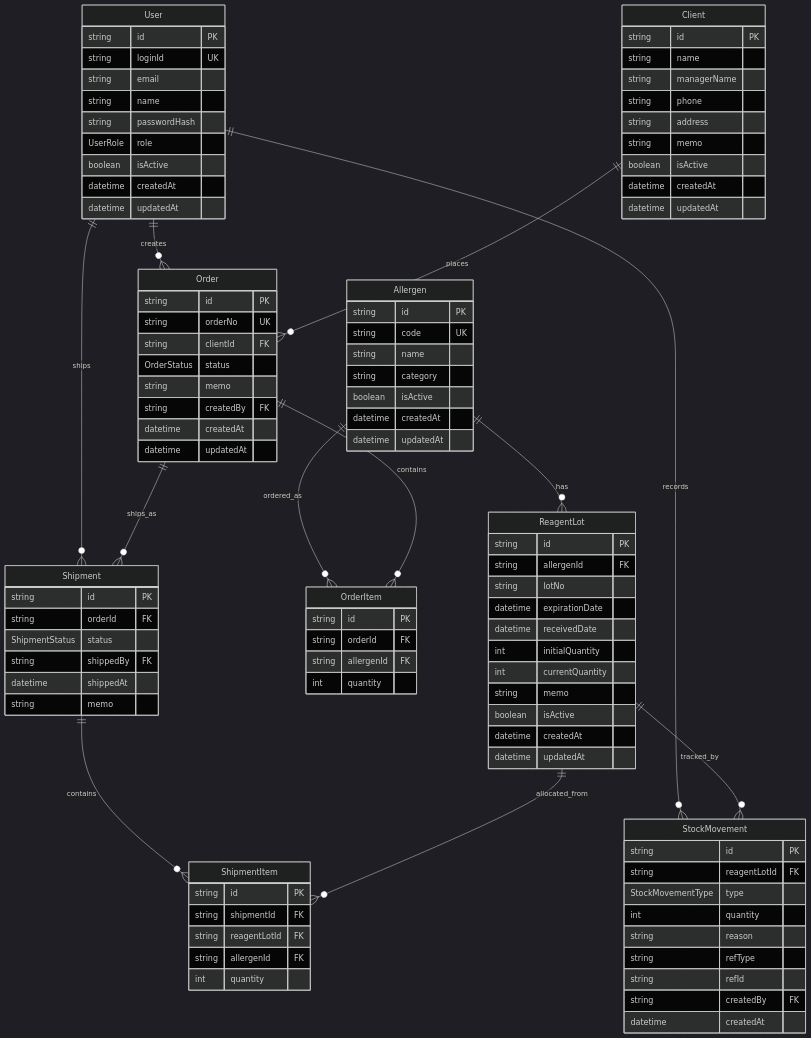
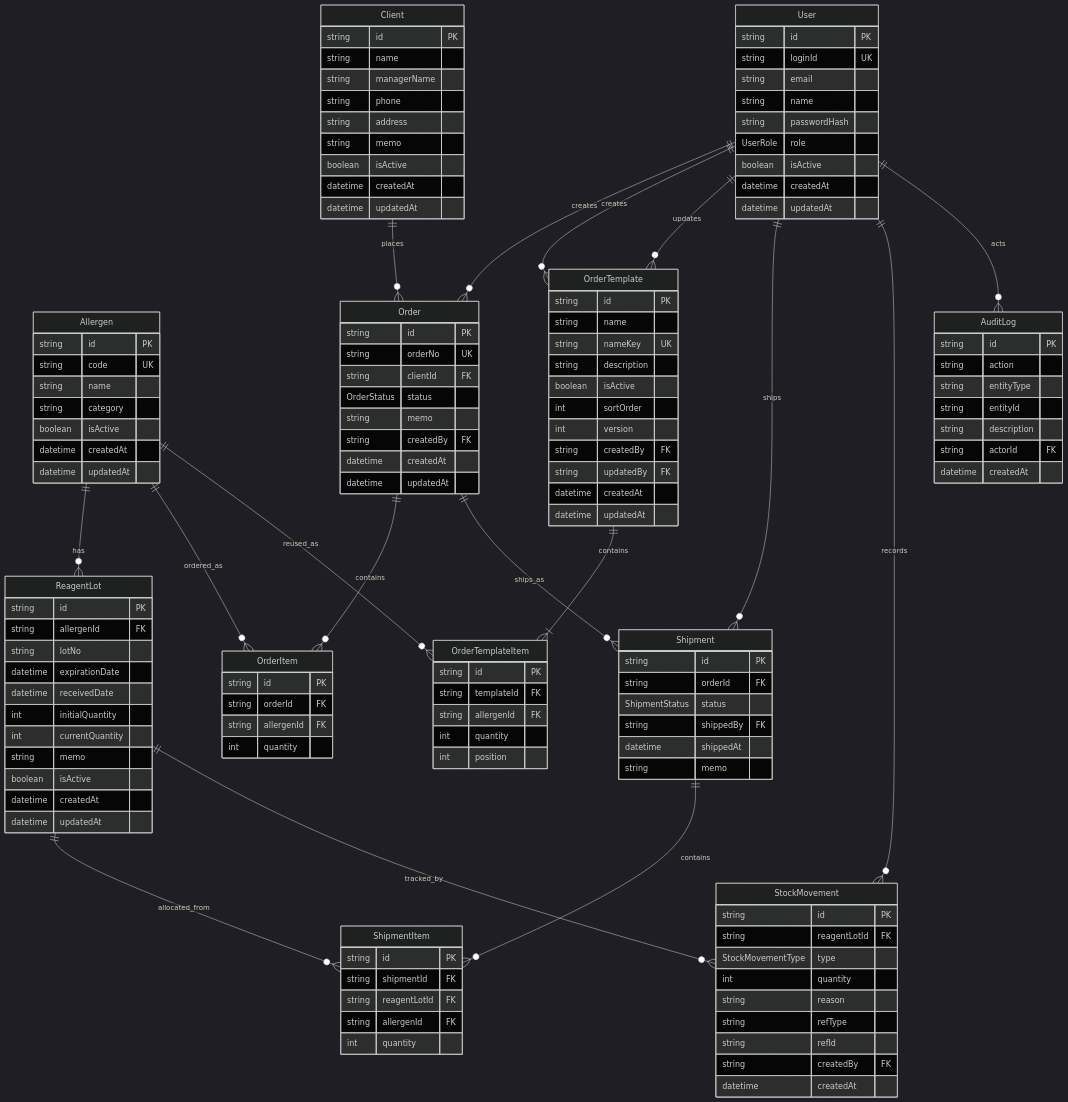
One commit to chan2cha/ReagentInventoryService changed the diagram in docs/08_erd.md. Above: the diagram before and after it, drawn with Mermaid (dark theme). The commit also changed other lines of this file and 99 other files, not shown here.

```diff
--- a/docs/08_erd.md
+++ b/docs/08_erd.md
@@ -88,6 +88,28 @@
     int quantity
   }
 
+  OrderTemplate {
+    string id PK
+    string name
+    string nameKey UK
+    string description
+    boolean isActive
+    int sortOrder
+    int version
+    string createdBy FK
+    string updatedBy FK
+    datetime createdAt
+    datetime updatedAt
+  }
+
+  OrderTemplateItem {
+    string id PK
+    string templateId FK
+    string allergenId FK
+    int quantity
+    int position
+  }
+
   Shipment {
     string id PK
     string orderId FK
@@ -117,18 +139,34 @@
     datetime createdAt
   }
 
+  AuditLog {
+    string id PK
+    string action
+    string entityType
+    string entityId
+    string description
+    string actorId FK
+    datetime createdAt
+  }
+
   User ||--o{ Order : creates
+  User ||--o{ OrderTemplate : creates
+  User ||--o{ OrderTemplate : updates
   User ||--o{ Shipment : ships
   User ||--o{ StockMovement : records
+  User ||--o{ AuditLog : acts
 
   Allergen ||--o{ ReagentLot : has
   Allergen ||--o{ OrderItem : ordered_as
+  Allergen ||--o{ OrderTemplateItem : reused_as
 
   Client ||--o{ Order : places
 
   Order ||--o{ OrderItem : contains
   Order ||--o{ Shipment : ships_as
 
+  OrderTemplate ||--|{ OrderTemplateItem : contains
+
   Shipment ||--o{ ShipmentItem : contains
   ReagentLot ||--o{ ShipmentItem : allocated_from
   ReagentLot ||--o{ StockMovement : tracked_by
```
